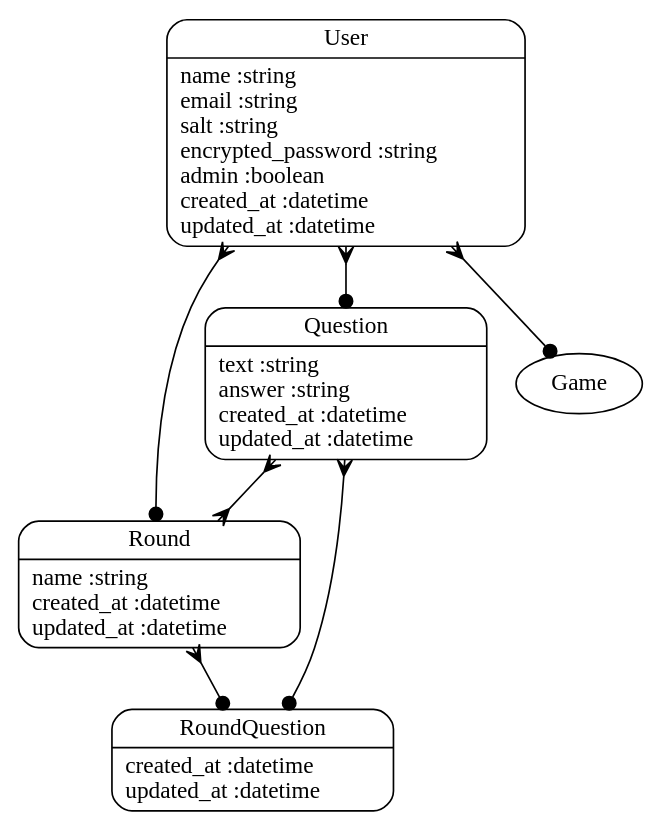
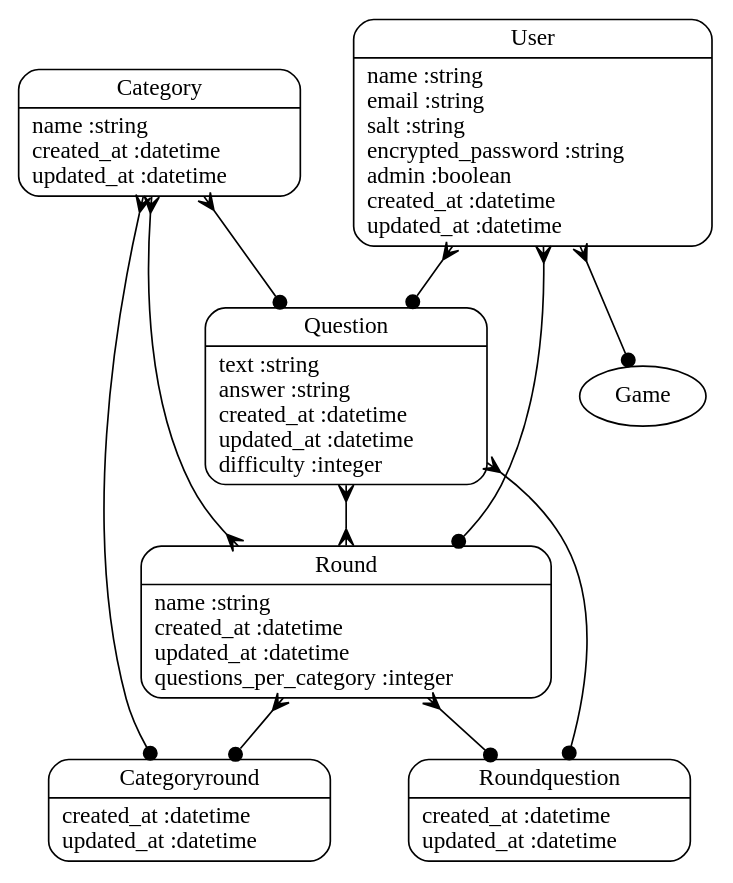
Before and after one commit to griswoldbar/Kwisatz: the diagram in models.dot, drawn with Graphviz. The commit also changed 18 other files, not shown here.

```diff
--- a/models.dot
+++ b/models.dot
@@ -1,13 +1,19 @@
 digraph models_diagram {
 	graph[overlap=false, splines=true]
-	"Question" [shape=Mrecord, label="{Question|text :string\lanswer :string\lcreated_at :datetime\lupdated_at :datetime\l}"]
-	"Round" [shape=Mrecord, label="{Round|name :string\lcreated_at :datetime\lupdated_at :datetime\l}"]
-	"RoundQuestion" [shape=Mrecord, label="{RoundQuestion|created_at :datetime\lupdated_at :datetime\l}"]
+	"Category" [shape=Mrecord, label="{Category|name :string\lcreated_at :datetime\lupdated_at :datetime\l}"]
+	"Categoryround" [shape=Mrecord, label="{Categoryround|created_at :datetime\lupdated_at :datetime\l}"]
+	"Question" [shape=Mrecord, label="{Question|text :string\lanswer :string\lcreated_at :datetime\lupdated_at :datetime\ldifficulty :integer\l}"]
+	"Round" [shape=Mrecord, label="{Round|name :string\lcreated_at :datetime\lupdated_at :datetime\lquestions_per_category :integer\l}"]
+	"Roundquestion" [shape=Mrecord, label="{Roundquestion|created_at :datetime\lupdated_at :datetime\l}"]
 	"User" [shape=Mrecord, label="{User|name :string\lemail :string\lsalt :string\lencrypted_password :string\ladmin :boolean\lcreated_at :datetime\lupdated_at :datetime\l}"]
-	"Question" -> "RoundQuestion" [arrowtail=crow, arrowhead=dot, dir=both]
+	"Category" -> "Question" [arrowtail=crow, arrowhead=dot, dir=both]
+	"Category" -> "Categoryround" [arrowtail=crow, arrowhead=dot, dir=both]
+	"Question" -> "Roundquestion" [arrowtail=crow, arrowhead=dot, dir=both]
 	"Question" -> "Round" [arrowtail=crow, arrowhead=crow, dir=both]
-	"Round" -> "RoundQuestion" [arrowtail=crow, arrowhead=dot, dir=both]
+	"Round" -> "Roundquestion" [arrowtail=crow, arrowhead=dot, dir=both]
+	"Round" -> "Categoryround" [arrowtail=crow, arrowhead=dot, dir=both]
+	"Round" -> "Category" [arrowtail=crow, arrowhead=crow, dir=both]
 	"User" -> "Game" [arrowtail=crow, arrowhead=dot, dir=both]
 	"User" -> "Round" [arrowtail=crow, arrowhead=dot, dir=both]
 	"User" -> "Question" [arrowtail=crow, arrowhead=dot, dir=both]
 }
```
